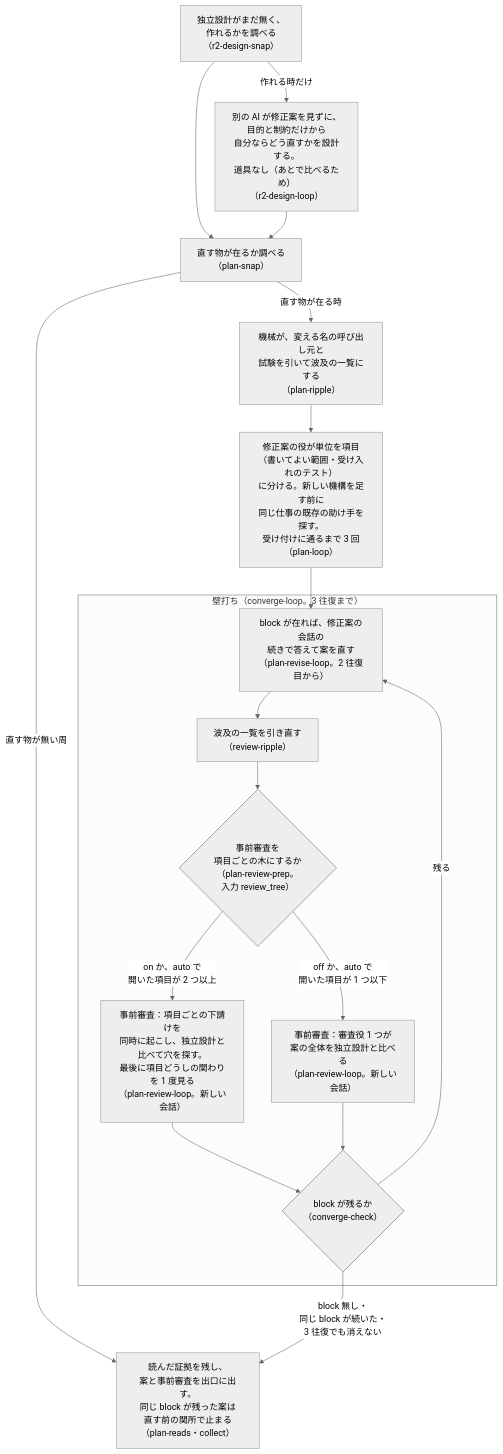
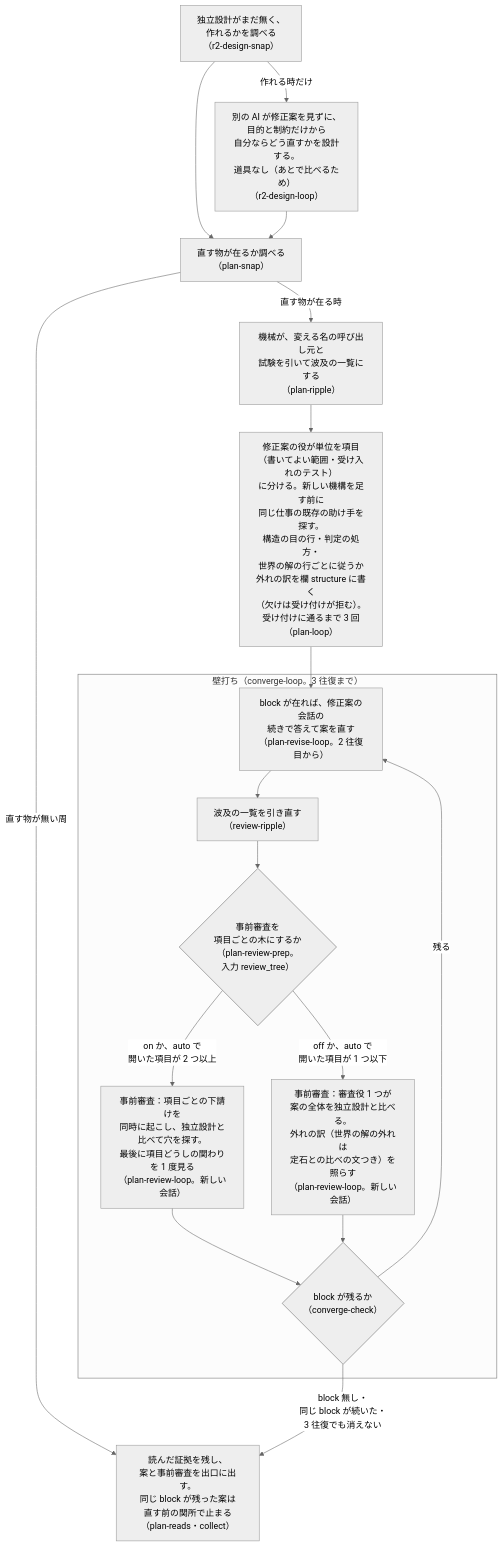
Before and after one commit to raiki61/claude-plugins: the fourth of 8 diagrams in works/docs/darkfactory-flow.md, drawn with Mermaid (neutral theme). The commit also changed other lines of this file, not shown here.

Commit message:
docs(works): 流れの図に世界の解の段（目的の後・判定の前）と中の図を足し、目的の means の分け・判定と構造の目と修正案と事前審査が行を読むこと・直す前の関所の世界の解の軸を書き、予定の先例の調べと設計の関所を今の形に置き換える（計画 world-solution の W6〜W9）

````diff
--- a/works/docs/darkfactory-flow.md
+++ b/works/docs/darkfactory-flow.md
@@ -111,23 +125,23 @@
 ```mermaid
 flowchart TD
   RS0["独立設計がまだ無く、<br/>作れるかを調べる<br/>（r2-design-snap）"] -- "作れる時だけ" --> RD2["別の AI が修正案を見ずに、<br/>目的と制約だけから<br/>自分ならどう直すかを設計する。<br/>道具なし（あとで比べるため）<br/>（r2-design-loop）"]
   RS0 --> PS
   RD2 --> PS["直す物が在るか調べる<br/>（plan-snap）"]
   PS -- "直す物が在る時" --> RIP["機械が、変える名の呼び出し元と<br/>試験を引いて波及の一覧にする<br/>（plan-ripple）"]
-  RIP --> PL["修正案の役が単位を項目<br/>（書いてよい範囲・受け入れのテスト）<br/>に分ける。新しい機構を足す前に<br/>同じ仕事の既存の助け手を探す。<br/>受け付けに通るまで 3 回<br/>（plan-loop）"]
+  RIP --> PL["修正案の役が単位を項目<br/>（書いてよい範囲・受け入れのテスト）<br/>に分ける。新しい機構を足す前に<br/>同じ仕事の既存の助け手を探す。<br/>構造の目の行・判定の処方・<br/>世界の解の行ごとに従うか<br/>外れの訳を欄 structure に書く<br/>（欠けは受け付けが拒む）。<br/>受け付けに通るまで 3 回<br/>（plan-loop）"]
   PL --> CVS
   PS -- "直す物が無い周" --> PC
   subgraph CV["壁打ち（converge-loop。3 往復まで）"]
     CVS["block が在れば、修正案の会話の<br/>続きで答えて案を直す<br/>（plan-revise-loop。2 往復目から）"] --> RR["波及の一覧を引き直す<br/>（review-ripple）"]
     RR --> TREE{"事前審査を<br/>項目ごとの木にするか<br/>（plan-review-prep。<br/>入力 review_tree）"}
     TREE -- "on か、auto で<br/>開いた項目が 2 つ以上" --> PRT["事前審査：項目ごとの下請けを<br/>同時に起こし、独立設計と比べて穴を探す。<br/>最後に項目どうしの関わりを 1 度見る<br/>（plan-review-loop。新しい会話）"]
-    TREE -- "off か、auto で<br/>開いた項目が 1 つ以下" --> PR1["事前審査：審査役 1 つが<br/>案の全体を独立設計と比べる<br/>（plan-review-loop。新しい会話）"]
+    TREE -- "off か、auto で<br/>開いた項目が 1 つ以下" --> PR1["事前審査：審査役 1 つが<br/>案の全体を独立設計と比べる。<br/>外れの訳（世界の解の外れは<br/>定石との比べの文つき）を照らす<br/>（plan-review-loop。新しい会話）"]
     PRT --> CK{"block が残るか<br/>（converge-check）"}
     PR1 --> CK
     CK -- "残る" --> CVS
   end
   CK -- "block 無し・<br/>同じ block が続いた・<br/>3 往復でも消えない" --> PC["読んだ証拠を残し、<br/>案と事前審査を出口に出す。<br/>同じ block が残った案は<br/>直す前の関所で止まる<br/>（plan-reads・collect）"]
 
   classDef mdec fill:#eeeeee,stroke:#666
   class TREE,CK mdec
 ```
````
